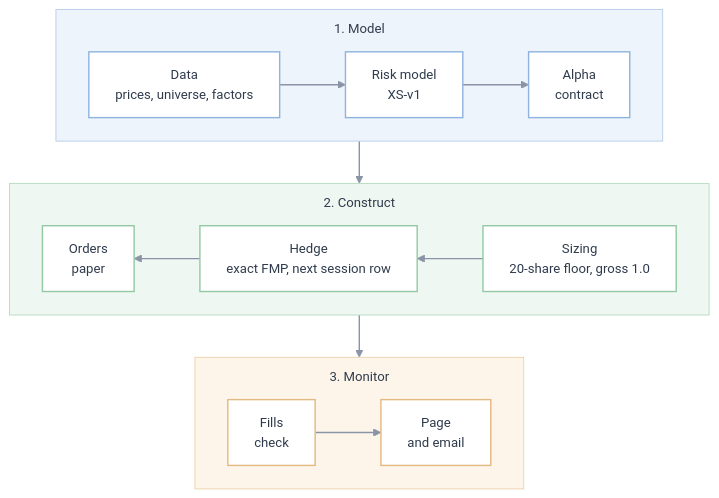
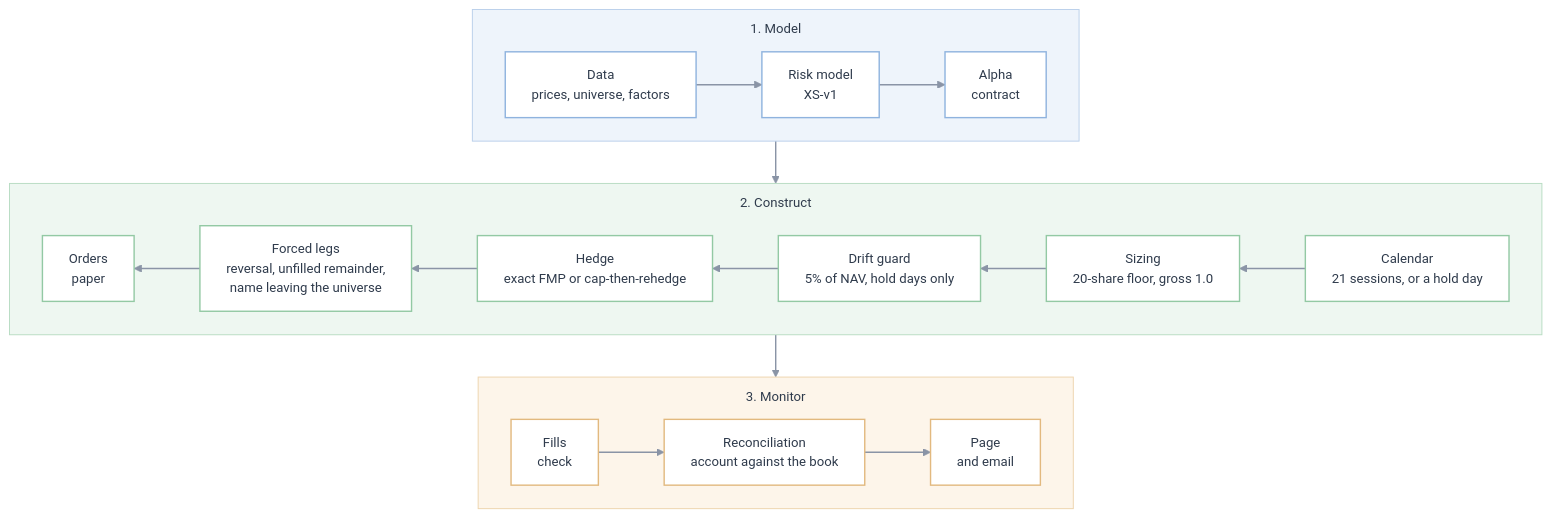
One commit to amankiitg/equity-factor-book changed the diagram in README.md. Above: the diagram before and after it, drawn with Mermaid. The commit also changed other lines of this file and 4 other files, not shown here.

````diff
--- a/README.md
+++ b/README.md
@@ -66,49 +112,53 @@
 ```mermaid
 %%{init: {
   "theme": "base",
   "themeVariables": {
     "fontFamily": "Inter, Helvetica, Arial, sans-serif",
     "fontSize": "14px",
     "primaryTextColor": "#2F3B4C",
     "lineColor": "#8A94A6"
   },
   "flowchart": {
     "subGraphTitleMargin": { "top": 10, "bottom": 10 },
     "nodeSpacing": 30,
     "rankSpacing": 45,
     "padding": 14
   }
 }}%%
 flowchart TB
   subgraph R1["&nbsp;&nbsp;1. Model&nbsp;&nbsp;"]
     direction LR
     D["Data<br/>prices, universe, factors"] --> M["Risk model<br/>XS-v1"] --> A["Alpha<br/>contract"]
   end
 
   subgraph R2["&nbsp;&nbsp;2. Construct&nbsp;&nbsp;"]
     direction RL
-    S["Sizing<br/>20-share floor, gross 1.0"] --> H["Hedge<br/>exact FMP, next session row"] --> O["Orders<br/>paper"]
+    C["Calendar<br/>21 sessions, or a hold day"] --> S["Sizing<br/>20-share floor, gross 1.0"]
+    S --> G["Drift guard<br/>5% of NAV, hold days only"]
+    G --> H["Hedge<br/>exact FMP or cap-then-rehedge"] --> F2["Forced legs<br/>reversal, unfilled remainder,<br/>name leaving the universe"]
+    F2 --> O["Orders<br/>paper"]
   end
 
   subgraph R3["&nbsp;&nbsp;3. Monitor&nbsp;&nbsp;"]
     direction LR
-    F["Fills<br/>check"] --> P["Page<br/>and email"]
+    F["Fills<br/>check"] --> R["Reconciliation<br/>account against the book"]
+    R --> P["Page<br/>and email"]
   end
 
   R1 --> R2
   R2 --> R3
 
   classDef model fill:#FFFFFF,stroke:#8FB3DE,stroke-width:1.5px,color:#2F3B4C
   classDef construct fill:#FFFFFF,stroke:#93C9A4,stroke-width:1.5px,color:#2F3B4C
   classDef monitor fill:#FFFFFF,stroke:#E2B97F,stroke-width:1.5px,color:#2F3B4C
 
   class D,M,A model
-  class S,H,O construct
-  class F,P monitor
+  class C,S,G,H,F2,O construct
+  class F,R,P monitor
 
   style R1 fill:#EEF4FB,stroke:#B9CFEA,stroke-width:1px,color:#2F3B4C
   style R2 fill:#EEF7F1,stroke:#B7DCC2,stroke-width:1px,color:#2F3B4C
   style R3 fill:#FDF5EA,stroke:#EDD3AC,stroke-width:1px,color:#2F3B4C
 
   linkStyle default stroke:#8A94A6,stroke-width:1.5px
 ```
````
